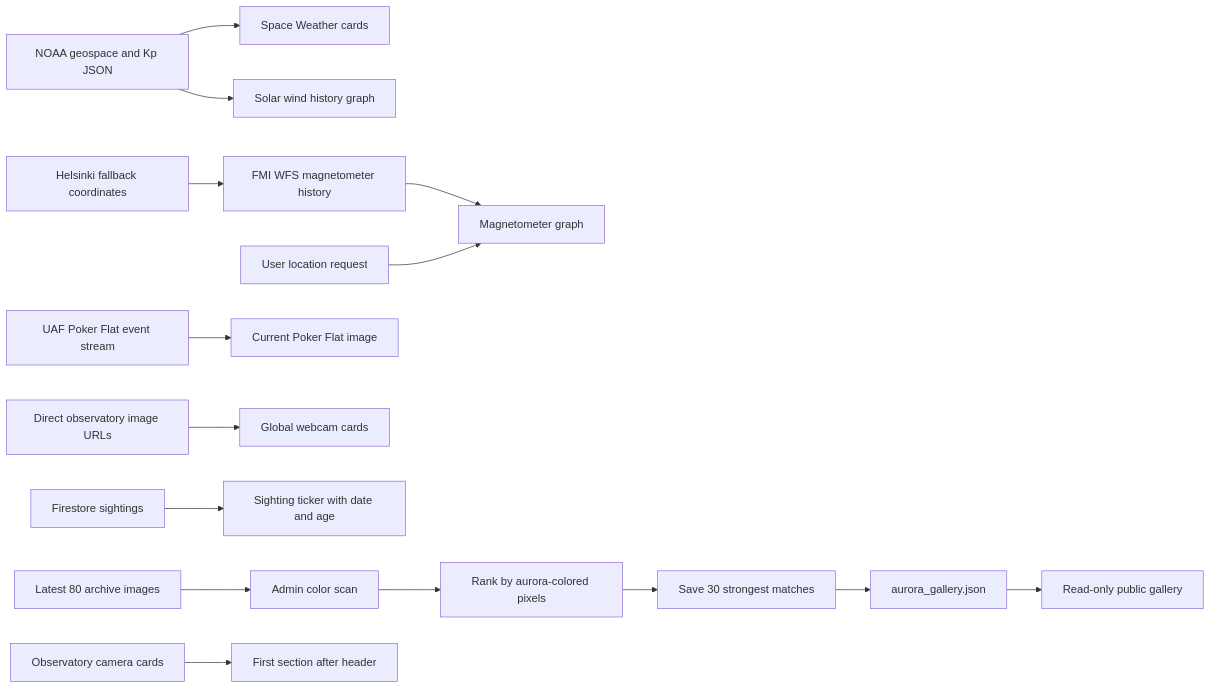
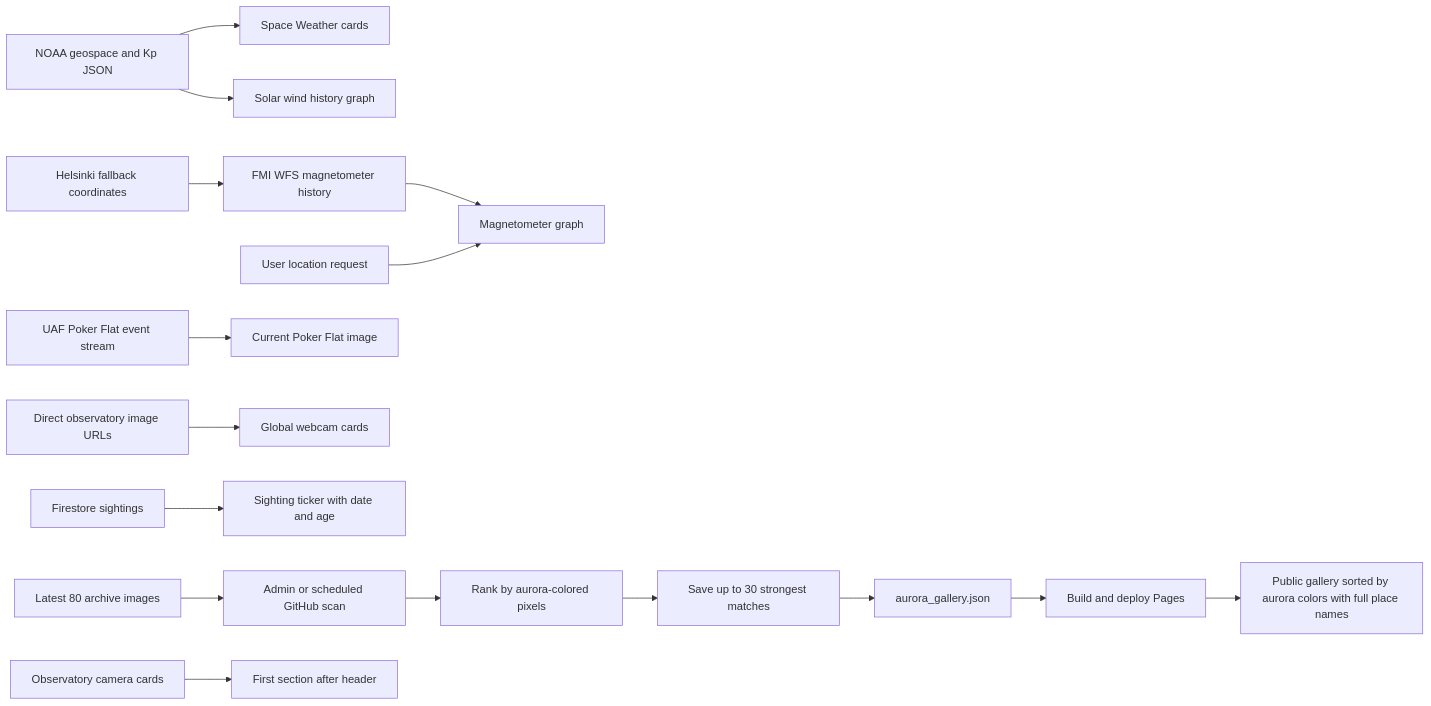
One commit to Krugou/aurorawatcher changed the diagram in docs/website-improvements-plan.md. Above: the diagram before and after it, drawn with Mermaid. The commit also changed other lines of this file and 12 other files, not shown here.

Commit message:
feat(web): automate ranked aurora gallery publishing

````diff
--- a/docs/website-improvements-plan.md
+++ b/docs/website-improvements-plan.md
@@ -21,17 +21,18 @@
 ```mermaid
 flowchart LR
     NOAA[NOAA geospace and Kp JSON] --> SW[Space Weather cards]
     NOAA --> SG[Solar wind history graph]
     FMI[FMI WFS magnetometer history] --> MG[Magnetometer graph]
     HEL[Helsinki fallback coordinates] --> FMI
     GEO[User location request] --> MG
     UAF[UAF Poker Flat event stream] --> PKR[Current Poker Flat image]
     CAM[Direct observatory image URLs] --> WG[Global webcam cards]
     FS[Firestore sightings] --> SF[Sighting ticker with date and age]
-    HI[Latest 80 archive images] --> ADM[Admin color scan]
+    HI[Latest 80 archive images] --> ADM[Admin or scheduled GitHub scan]
     ADM --> SCORE[Rank by aurora-colored pixels]
-    SCORE --> TOP[Save 30 strongest matches]
+    SCORE --> TOP[Save up to 30 strongest matches]
     TOP --> GJSON[aurora_gallery.json]
-    GJSON --> PUB[Read-only public gallery]
+    GJSON --> BUILD[Build and deploy Pages]
+    BUILD --> PUB[Public gallery sorted by aurora colors with full place names]
     OBS[Observatory camera cards] --> CAMTOP[First section after header]
 ```
````
